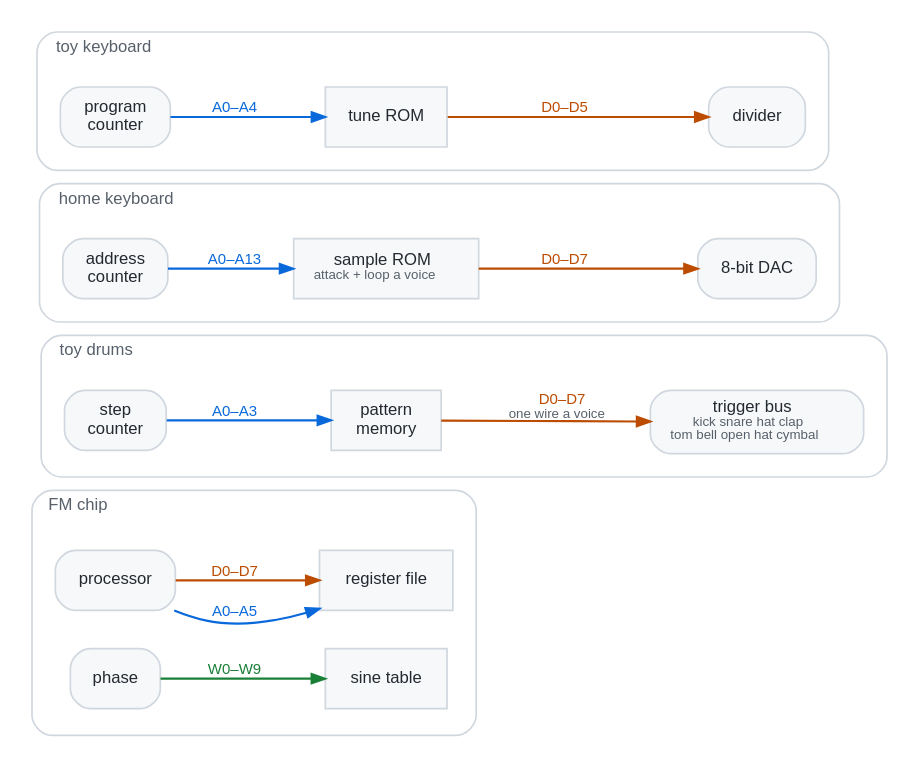
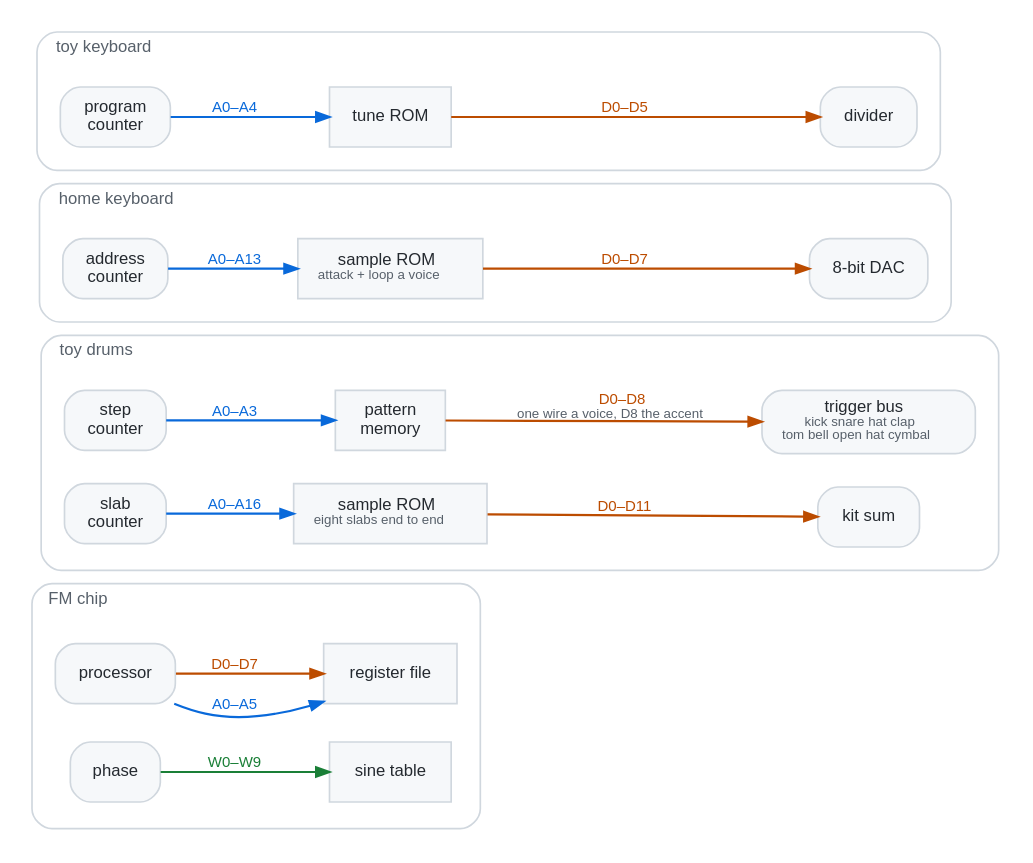
Before and after one commit to cmdcolin/bender: the diagram in docs/img/buses.dot, drawn with Graphviz. The commit also changed 12 other files, not shown here.

First line of the commit message:
feat(dsp): a knife on the sampled kit's ROM

```diff
--- a/docs/img/buses.dot
+++ b/docs/img/buses.dot
@@ -1,123 +1,133 @@
 // Source for docs/img/buses.svg, which docs/BENDS.md embeds.
 // Regenerate with: dot -Tsvg docs/img/buses.dot -o docs/img/buses.svg
 //
 // What this answers: "Data line" is a control on more than one panel and
 // means something different on each. The drawing says which two blocks each
 // bus runs between and how many wires it has, so a knife on one of them has a
 // direction rather than being a number you picked.
 //
 // The asymmetry is the point. On the toy chips the address bus runs INTO
 // the memory and the data bus comes back OUT of it, which is why an address
 // fault fetches the wrong thing while a data fault mangles what came back. The
 // FM chip's data bus runs the other way — into a register file that latches —
 // which is why its faults accumulate instead of passing. docs/BENDS.md says
 // the rest.
 //
 // Deliberately NOT per-wire meanings. Only the drum data bus has one worth
 // drawing, since a wire there is a voice; a toy-chip data line carries a note
 // code and an FM data line carries whatever byte the processor was sending, so
 // a fixed label on those would be a lie. What is knowable per wire lives in the
 // help text in src/ui/controls/sources.ts and in the named cuts.
 //
 // Widths track constants: ROM_DATA_LINES / ROM_ADDR_LINES in
-// src/dsp/stages/roms.ts, N_DRUM_VOICES and ADDR_LINES in src/drums.ts,
+// src/dsp/stages/roms.ts, DATA_LINES and ADDR_LINES in src/drums.ts,
+// KIT_ROM_ADDR_LINES / KIT_ROM_DATA_LINES in src/dsp/stages/toyDrum.ts,
 // PCM_ADDR_LINES / PCM_DATA_LINES in src/dsp/stages/pcmKeys' own ROM. Palette
 // follows docs/img/dataflow.dot so the family reads alike: blue chooses, orange
 // carries, green is the bus the processor never touches.
 digraph buses {
   rankdir=LR
   bgcolor="white"
   nodesep=0.28
   ranksep=0.5
   compound=true
   node [shape=box style="filled,rounded" fillcolor="#f6f8fa" color="#d0d7de"
         fontname="Helvetica" fontsize=10 margin="0.16,0.08" fontcolor="#24292f"]
   edge [fontname="Helvetica" fontsize=9 penwidth=1.3 arrowsize=0.8]
 
   // Memories are square where logic is rounded — the knife lands on the wires
   // either side of these, never inside them.
   node [style=filled shape=box] // reset below per-cluster
 
   subgraph cluster_fm {
     label="FM chip"
     labelloc="t"
     labeljust="l"
     fontname="Helvetica"
     fontsize=10
     fontcolor="#57606a"
     color="#d0d7de"
     style="rounded"
     margin=14
 
     fm_cpu [label="processor" style="filled,rounded"]
     fm_reg [label="register file" style=filled]
     fm_phase [label="phase" style="filled,rounded"]
     fm_sine [label="sine table" style=filled]
 
     // Both buses run the same way here: this one is written, not read.
     fm_cpu -> fm_reg [label="A0–A5" color="#0969da" fontcolor="#0969da"]
     fm_cpu -> fm_reg [label="D0–D7" color="#bc4c00" fontcolor="#bc4c00"]
     fm_phase -> fm_sine [label="W0–W9" color="#1a7f37" fontcolor="#1a7f37"]
   }
 
   subgraph cluster_drums {
     label="toy drums"
     labelloc="t"
     labeljust="l"
     fontname="Helvetica"
     fontsize=10
     fontcolor="#57606a"
     color="#d0d7de"
     style="rounded"
     margin=14
 
     drum_ctr [label="step\ncounter" style="filled,rounded"]
     drum_mem [label="pattern\nmemory" style=filled]
     drum_bus [label=<trigger bus<br/><font color="#57606a" point-size="8">kick snare hat clap<br/>tom bell open hat cymbal</font>> style="filled,rounded"]
 
     drum_ctr -> drum_mem [label="A0–A3" color="#0969da" fontcolor="#0969da"]
-    drum_mem -> drum_bus [label=<<font color="#bc4c00">D0–D7</font><br/><font color="#57606a" point-size="8">one wire a voice</font>>
+    drum_mem -> drum_bus [label=<<font color="#bc4c00">D0–D8</font><br/><font color="#57606a" point-size="8">one wire a voice, D8 the accent</font>>
                           color="#bc4c00"]
+
+    // The sampled kit's own memory: eight slabs end to end, read by one
+    // counter per voice over one shared bus.
+    drum_slab [label="slab\ncounter" style="filled,rounded"]
+    drum_rom [label=<sample ROM<br/><font color="#57606a" point-size="8">eight slabs end to end</font>> style=filled]
+    drum_dac [label="kit sum" style="filled,rounded"]
+
+    drum_slab -> drum_rom [label="A0–A16" color="#0969da" fontcolor="#0969da"]
+    drum_rom -> drum_dac [label="D0–D11" color="#bc4c00" fontcolor="#bc4c00"]
   }
 
   subgraph cluster_keys {
     label="home keyboard"
     labelloc="t"
     labeljust="l"
     fontname="Helvetica"
     fontsize=10
     fontcolor="#57606a"
     color="#d0d7de"
     style="rounded"
     margin=14
 
     // One counter, one memory, and the widest address bus on the board — the
     // top two wires only ever go high on the sampled voice, because the wave
     // ROM fits under them and the sample memory does not.
     pcm_ctr [label="address\ncounter" style="filled,rounded"]
     pcm_rom [label=<sample ROM<br/><font color="#57606a" point-size="8">attack + loop a voice</font>> style=filled]
     pcm_dac [label="8-bit DAC" style="filled,rounded"]
 
     pcm_ctr -> pcm_rom [label="A0–A13" color="#0969da" fontcolor="#0969da"]
     pcm_rom -> pcm_dac [label="D0–D7" color="#bc4c00" fontcolor="#bc4c00"]
   }
 
   subgraph cluster_toy {
     label="toy keyboard"
     labelloc="t"
     labeljust="l"
     fontname="Helvetica"
     fontsize=10
     fontcolor="#57606a"
     color="#d0d7de"
     style="rounded"
     margin=14
 
     toy_ctr [label="program\ncounter" style="filled,rounded"]
     toy_rom [label="tune ROM" style=filled]
     toy_div [label="divider" style="filled,rounded"]
 
     toy_ctr -> toy_rom [label="A0–A4" color="#0969da" fontcolor="#0969da"]
     toy_rom -> toy_div [label="D0–D5" color="#bc4c00" fontcolor="#bc4c00"]
   }
 }
```
